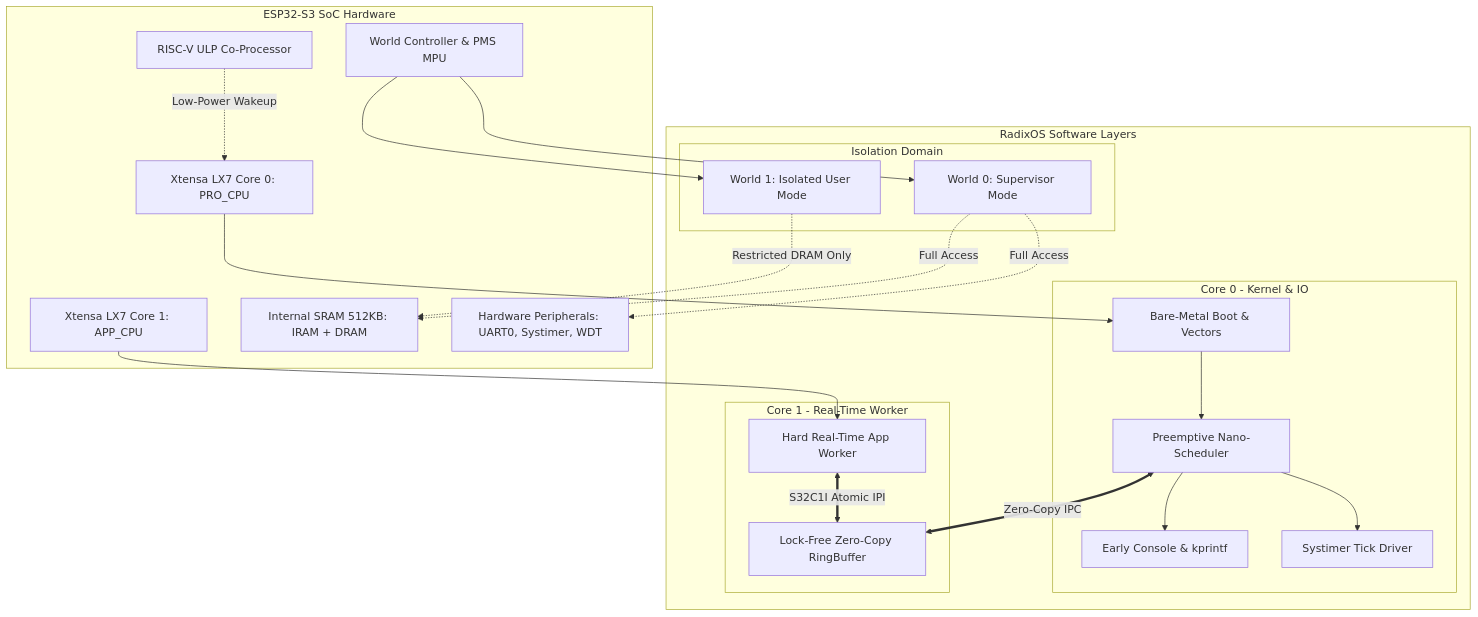
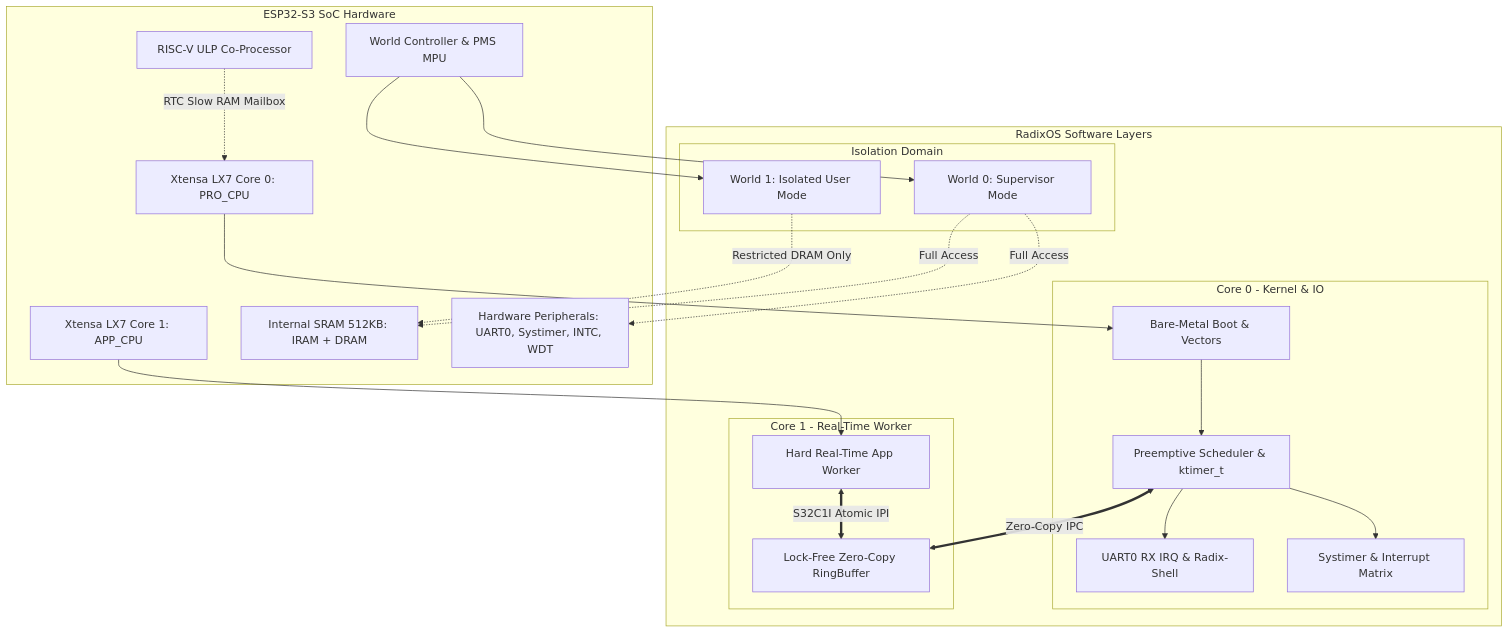
The diagram in README.md (johnknevescarrijo/RadixOS), drawn with Mermaid before and after one commit. The commit also changed other lines of this file and 2 other files, not shown here.

Commit message:
docs: synchronize README, ROADMAP, and AGENTS.md with implemented steps and build targets

````diff
--- a/README.md
+++ b/README.md
@@ -16,47 +17,47 @@
 ```mermaid
 graph TD
     subgraph ESP32-S3 SoC Hardware
         PRO[Xtensa LX7 Core 0: PRO_CPU]
         APP[Xtensa LX7 Core 1: APP_CPU]
         ULP[RISC-V ULP Co-Processor]
         PMS[World Controller & PMS MPU]
         RAM[Internal SRAM 512KB: IRAM + DRAM]
-        PERIPH[Hardware Peripherals: UART0, Systimer, WDT]
+        PERIPH[Hardware Peripherals: UART0, Systimer, INTC, WDT]
     end
 
     subgraph RadixOS Software Layers
         subgraph Core 0 - Kernel & IO
             K_BOOT[Bare-Metal Boot & Vectors]
-            K_SCHED[Preemptive Nano-Scheduler]
-            K_UART[Early Console & kprintf]
-            K_TIMER[Systimer Tick Driver]
+            K_SCHED[Preemptive Scheduler & ktimer_t]
+            K_UART[UART0 RX IRQ & Radix-Shell]
+            K_TIMER[Systimer & Interrupt Matrix]
         end
 
         subgraph Core 1 - Real-Time Worker
             APP_TASK[Hard Real-Time App Worker]
             APP_IPC[Lock-Free Zero-Copy RingBuffer]
         end
 
         subgraph Isolation Domain
             WORLD0[World 0: Supervisor Mode]
             WORLD1[World 1: Isolated User Mode]
         end
     end
 
     PRO --> K_BOOT
     K_BOOT --> K_SCHED
     K_SCHED --> K_TIMER
     K_SCHED --> K_UART
 
     APP --> APP_TASK
     APP_TASK <==>|S32C1I Atomic IPI| APP_IPC
     K_SCHED <==>|Zero-Copy IPC| APP_IPC
 
     PMS --> WORLD0
     PMS --> WORLD1
     WORLD0 -.->|Full Access| RAM
     WORLD0 -.->|Full Access| PERIPH
     WORLD1 -.->|Restricted DRAM Only| RAM
 
-    ULP -.->|Low-Power Wakeup| PRO
+    ULP -.->|RTC Slow RAM Mailbox| PRO
 ```
````
